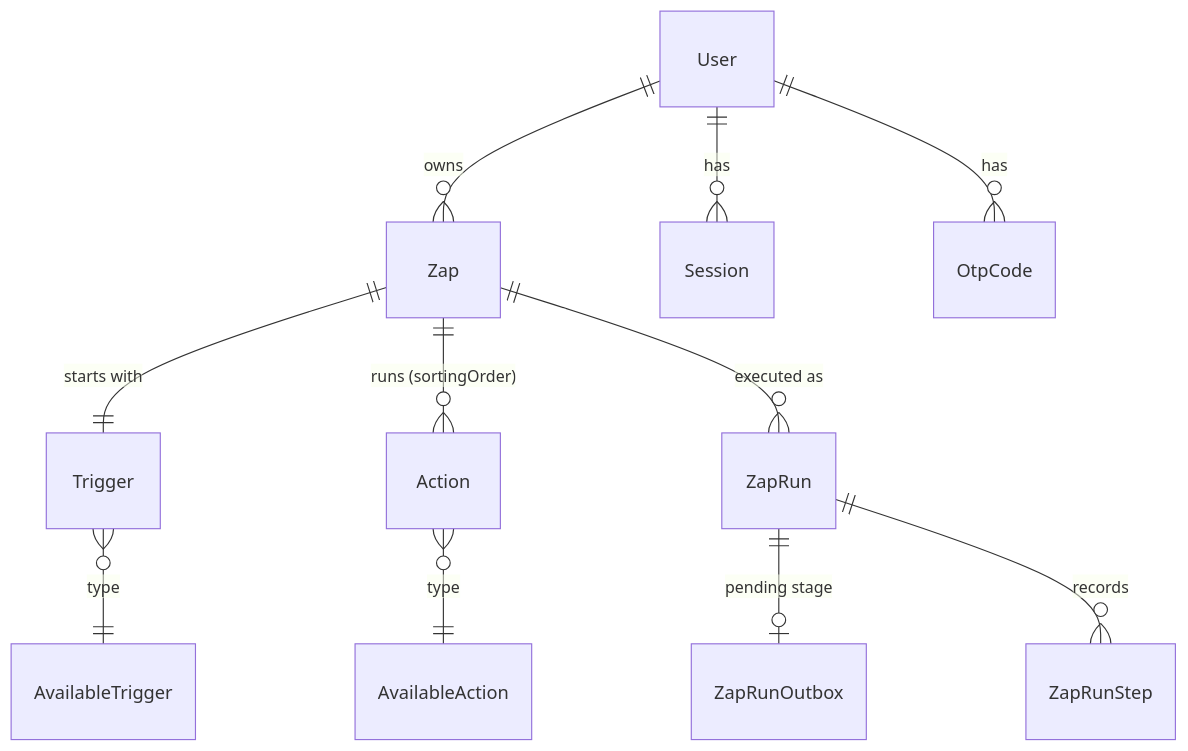
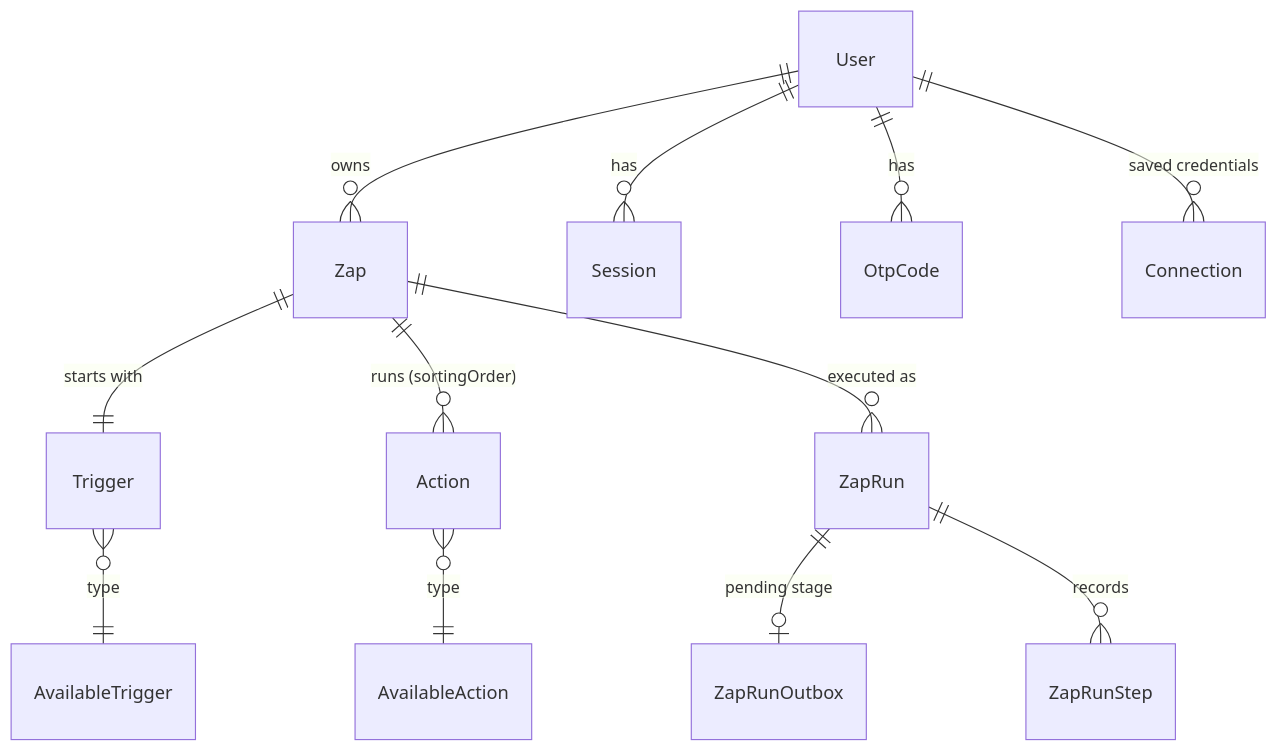
Before and after one commit to bixl007/Integrix: the second of 3 diagrams in ARCHITECTURE.md, drawn with Mermaid. The commit also changed other lines of this file and 44 other files, not shown here.

````diff
--- a/ARCHITECTURE.md
+++ b/ARCHITECTURE.md
@@ -47,13 +47,14 @@
 ```mermaid
 erDiagram
   User ||--o{ Zap : owns
   User ||--o{ Session : has
   User ||--o{ OtpCode : has
+  User ||--o{ Connection : "saved credentials"
   Zap ||--|| Trigger : "starts with"
   Zap ||--o{ Action : "runs (sortingOrder)"
   Zap ||--o{ ZapRun : "executed as"
   Trigger }o--|| AvailableTrigger : "type"
   Action }o--|| AvailableAction : "type"
   ZapRun ||--o| ZapRunOutbox : "pending stage"
   ZapRun ||--o{ ZapRunStep : "records"
 ```
````
